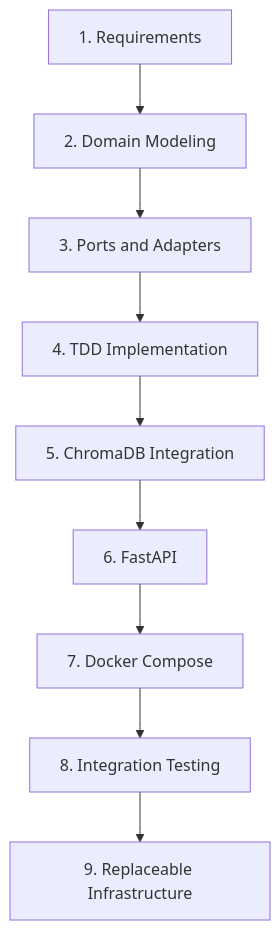
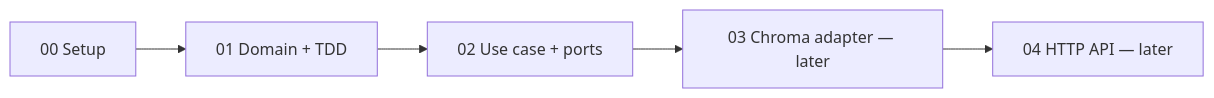
Before and after one commit to Thommans-Playground/coursera-IBM-RAG-Agentic-AI-Professional-Certificate: the first of 12 diagrams in course3/instructions.md, drawn with Mermaid. The commit also changed other lines of this file, not shown here.

````diff
--- a/course3/instructions.md
+++ b/course3/instructions.md
@@ -27,11 +15,7 @@
 ```mermaid
-flowchart TD
-    A["1. Requirements"] --> B["2. Domain Modeling"]
-    B --> C["3. Ports and Adapters"]
-    C --> D["4. TDD Implementation"]
-    D --> E["5. ChromaDB Integration"]
-    E --> F["6. FastAPI"]
-    F --> G["7. Docker Compose"]
-    G --> H["8. Integration Testing"]
-    H --> I["9. Replaceable Infrastructure"]
+flowchart LR
+    S["00 Setup"] --> D["01 Domain + TDD"]
+    D --> U["02 Use case + ports"]
+    U --> C["03 Chroma adapter — later"]
+    C --> A["04 HTTP API — later"]
 ```
````
